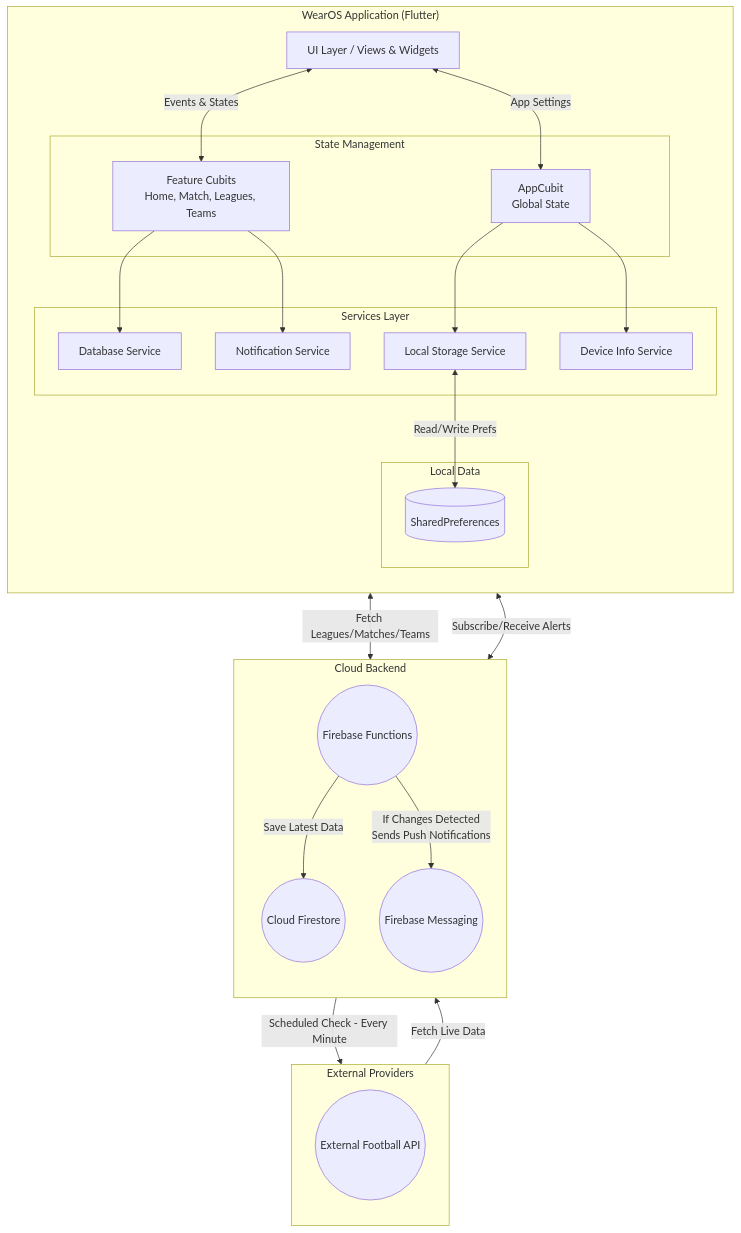
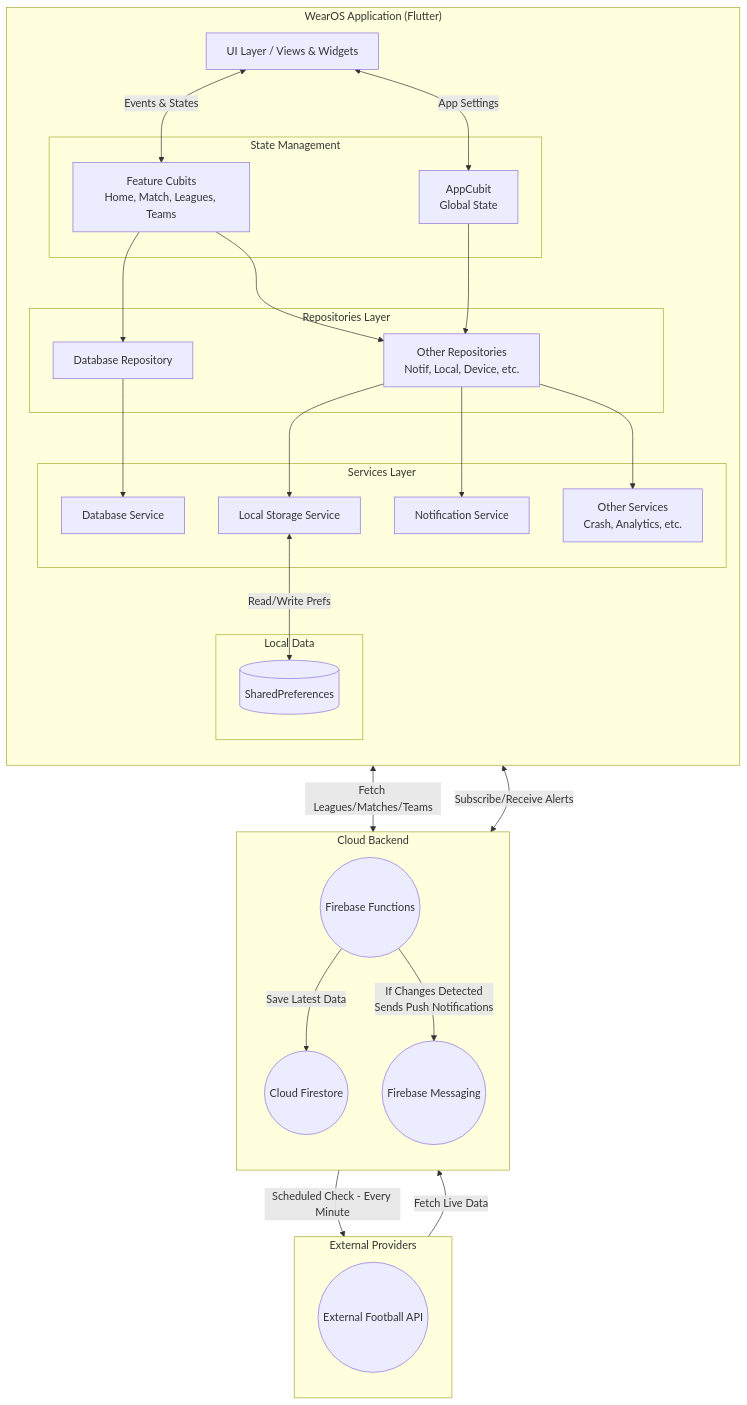
The diagram in README.md (Piero16301/TikiTaka_Scoreboard_WearOS), drawn with Mermaid before and after one commit. The commit also changed other lines of this file, not shown here.

First line of the commit message:
Document repositories and refactor README sections

````diff
--- a/README.md
+++ b/README.md
@@ -38,60 +38,69 @@
 ```mermaid
 flowchart TD
   subgraph "WearOS Application (Flutter)"
     direction TB
     UI[UI Layer / Views & Widgets]
     
     subgraph "State Management"
       AppCubit[AppCubit<br>Global State]
       FeatureCubits[Feature Cubits<br>Home, Match, Leagues, Teams]
     end
     
+    subgraph "Repositories Layer"
+      DBRepo[Database Repository]
+      OtherRepos[Other Repositories<br>Notif, Local, Device, etc.]
+    end
+
     subgraph "Services Layer"
       DBSvc[Database Service]
-      DeviceInfoSvc[Device Info Service]
       LocalSvc[Local Storage Service]
       NotifSvc[Notification Service]
+      MiscSvc[Other Services<br>Crash, Analytics, etc.]
     end
     
     subgraph "Local Data"
       SharedPrefs[(SharedPreferences)]
     end
   end
 
   %% Invisible link to force vertical ordering
   SharedPrefs ~~~ FirebaseFunctions
 
   subgraph "External Providers"
     direction TB
     ExternalAPI((External Football API))
   end
 
   subgraph "Cloud Backend"
     direction TB
     Firestore((Cloud Firestore))
     FirebaseFunctions((Firebase Functions))
     FirebaseMessaging((Firebase Messaging))
   end
 
   %% Internal App Flow
   UI <-->|Events & States| FeatureCubits
   UI <-->|App Settings| AppCubit
   
-  FeatureCubits --> DBSvc
-  FeatureCubits --> NotifSvc
+  FeatureCubits --> DBRepo
+  FeatureCubits --> OtherRepos
   
-  AppCubit --> LocalSvc
-  AppCubit --> DeviceInfoSvc
+  AppCubit --> OtherRepos
+  
+  DBRepo --> DBSvc
+  OtherRepos --> LocalSvc
+  OtherRepos --> NotifSvc
+  OtherRepos --> MiscSvc
   
   LocalSvc <-->|Read/Write Prefs| SharedPrefs
   
   %% External App Integrations
   DBSvc <-->|Fetch Leagues/Matches/Teams| Firestore
   NotifSvc <-->|Subscribe/Receive Alerts| FirebaseMessaging
   
   %% Backend Logic
   FirebaseFunctions -->|Scheduled Check - Every Minute| ExternalAPI
   ExternalAPI -->|Fetch Live Data| FirebaseFunctions
   FirebaseFunctions -->|Save Latest Data| Firestore
   FirebaseFunctions -->|If Changes Detected<br>Sends Push Notifications| FirebaseMessaging
 ```
````
